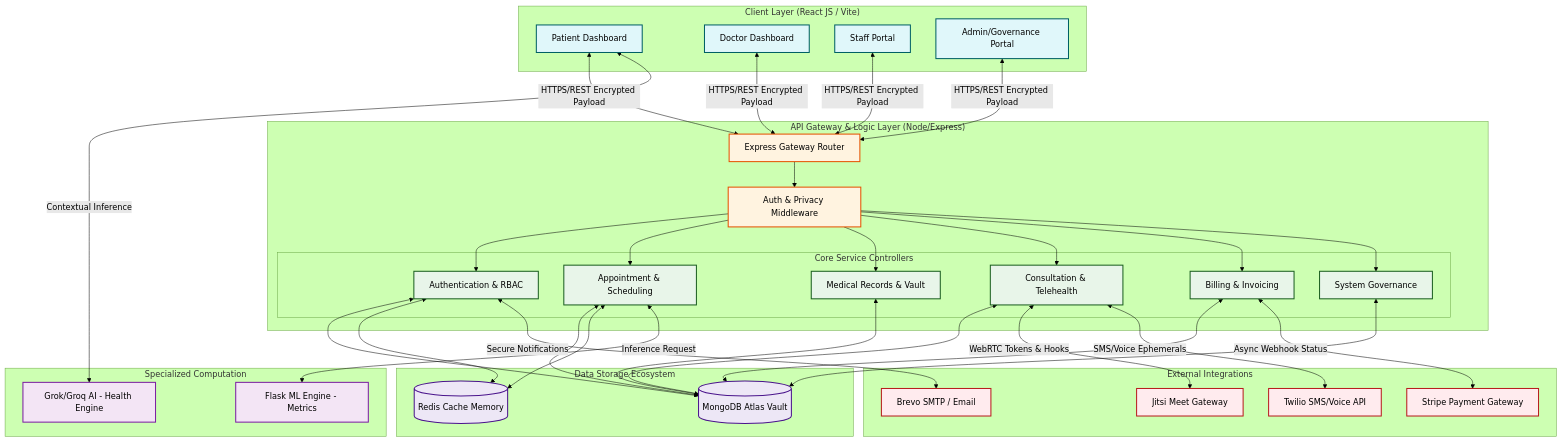
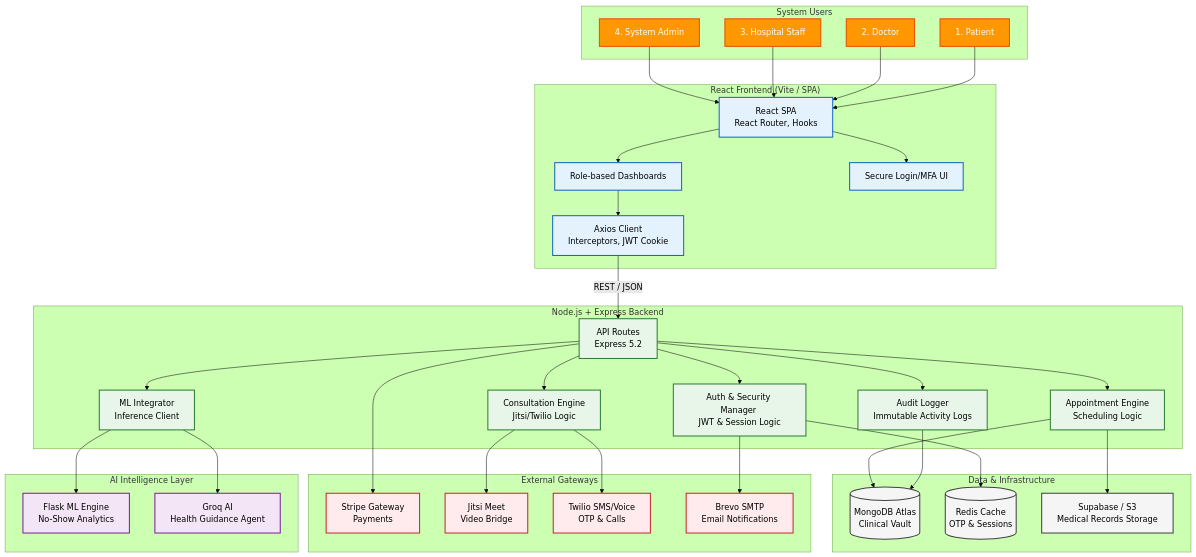
The first of 5 diagrams in HLD.md (Nitantjain21022006/CareSync), drawn with Mermaid (forest theme) before and after one commit. The commit also changed other lines of this file and 8 other files, not shown here.

````diff
--- a/HLD.md
+++ b/HLD.md
@@ -10,69 +10,72 @@
 ```mermaid
 graph TD
     %% Styling Definitions
-    classDef client fill:#e0f7fa,stroke:#006064,stroke-width:2px,color:#000
-    classDef gateway fill:#fff3e0,stroke:#e65100,stroke-width:2px,color:#000
-    classDef service fill:#e8f5e9,stroke:#1b5e20,stroke-width:2px,color:#000
-    classDef data fill:#ede7f6,stroke:#4a148c,stroke-width:2px,color:#000
-    classDef external fill:#ffebee,stroke:#b71c1c,stroke-width:2px,color:#000
-    classDef ai fill:#f3e5f5,stroke:#7b1fa2,stroke-width:2px,color:#000
+    classDef user fill:#FF9800,stroke:#E65100,stroke-width:2px,color:#fff
+    classDef frontend fill:#E3F2FD,stroke:#1565C0,stroke-width:2px,color:#000
+    classDef backend fill:#E8F5E9,stroke:#2E7D32,stroke-width:2px,color:#000
+    classDef external fill:#FFEBEE,stroke:#C62828,stroke-width:2px,color:#000
+    classDef data fill:#F5F5F5,stroke:#424242,stroke-width:2px,color:#000
+    classDef ai fill:#F3E5F5,stroke:#7B1FA2,stroke-width:2px,color:#000
 
-    subgraph "Client Layer (React JS / Vite)"
-        PD[Patient Dashboard]:::client
-        DD[Doctor Dashboard]:::client
-        SD[Staff Portal]:::client
-        AD[Admin/Governance Portal]:::client
+    subgraph Users ["System Users"]
+        U1[4. System Admin]:::user
+        U2[3. Hospital Staff]:::user
+        U3[2. Doctor]:::user
+        U4[1. Patient]:::user
     end
 
-    subgraph "API Gateway & Logic Layer (Node/Express)"
-        Router[Express Gateway Router]:::gateway
-        AuthMW[Auth & Privacy Middleware]:::gateway
-        
-        subgraph "Core Service Controllers"
-            AuthC[Authentication & RBAC]:::service
-            ApptC[Appointment & Scheduling]:::service
-            RecC[Medical Records & Vault]:::service
-            ConsC[Consultation & Telehealth]:::service
-            BillC[Billing & Invoicing]:::service
-            AdminC[System Governance]:::service
-        end
+    subgraph FE ["React Frontend (Vite / SPA)"]
+        SPA[React SPA <br/>React Router, Hooks]:::frontend
+        Axios[Axios Client <br/>Interceptors, JWT Cookie]:::frontend
+        Dash[Role-based Dashboards]:::frontend
+        AuthUI[Secure Login/MFA UI]:::frontend
     end
 
-    subgraph "External Integrations"
-        Twilio[Twilio SMS/Voice API]:::external
-        Jitsi[Jitsi Meet Gateway]:::external
-        Stripe[Stripe Payment Gateway]:::external
-        Brevo[Brevo SMTP / Email]:::external
+    subgraph BE ["Node.js + Express Backend"]
+        Routes[API Routes <br/>Express 5.2]:::backend
+        AuthMW[Auth & Security Manager <br/>JWT & Session Logic]:::backend
+        ApptEng[Appointment Engine <br/>Scheduling Logic]:::backend
+        ConsEng[Consultation Engine <br/>Jitsi/Twilio Logic]:::backend
+        ML_Int[ML Integrator <br/>Inference Client]:::backend
+        Audit[Audit Logger <br/>Immutable Activity Logs]:::backend
     end
 
-    subgraph "Data Storage Ecosystem"
-        DB[(MongoDB Atlas Vault)]:::data
-        Cache[(Redis Cache Memory)]:::data
+    subgraph Ext ["External Gateways"]
+        Stripe[Stripe Gateway <br/>Payments]:::external
+        Jitsi[Jitsi Meet <br/>Video Bridge]:::external
+        Twilio[Twilio SMS/Voice <br/>OTP & Calls]:::external
+        Brevo[Brevo SMTP <br/>Email Notifications]:::external
     end
 
-    subgraph "Specialized Computation"
-        ML[Flask ML Engine - Metrics]:::ai
-        AI[Grok/Groq AI - Health Engine]:::ai
+    subgraph Data ["Data & Infrastructure"]
+        Mongo[(MongoDB Atlas <br/>Clinical Vault)]:::data
+        Redis[(Redis Cache <br/>OTP & Sessions)]:::data
+        S3[Supabase / S3 <br/>Medical Records Storage]:::data
     end
 
-    %% Client Operations
-    PD & DD & SD & AD <-->|HTTPS/REST Encrypted Payload| Router
+    subgraph AI_Layer ["AI Intelligence Layer"]
+        FlaskML[Flask ML Engine <br/>No-Show Analytics]:::ai
+        GroqAI[Groq AI <br/>Health Guidance Agent]:::ai
+    end
+
+    %% Connections
+    U1 & U2 & U3 & U4 --> SPA
+    SPA --> Dash & AuthUI
+    Dash --> Axios
+    Axios -- "REST / JSON" --> Routes
     
-    %% API Routing Tree
-    Router --> AuthMW
-    AuthMW --> AuthC & ApptC & RecC & ConsC & BillC & AdminC
+    Routes --> AuthMW
+    AuthMW --> Redis
     
-    %% Persistent State Mutators
-    AuthC & ApptC & RecC & ConsC & BillC & AdminC <--> DB
-    AuthC & ApptC <--> Cache
+    Routes --> ApptEng & ConsEng & ML_Int & Audit
     
-    %% External Gateways Subcalls
-    ConsC <-->|WebRTC Tokens & Hooks| Jitsi
-    ConsC <-->|SMS/Voice Ephemerals| Twilio
-    BillC <-->|Async Webhook Status| Stripe
-    AuthC <-->|Secure Notifications| Brevo
+    ApptEng --> Mongo
+    ConsEng --> Jitsi & Twilio
+    ML_Int --> FlaskML & GroqAI
     
-    %% Auxiliary Integrations
-    ApptC <-->|Inference Request| ML
-    PD <-->|Contextual Inference| AI
+    Routes --> Stripe
+    AuthMW --> Brevo
+    
+    Audit --> Mongo
+    ApptEng --> S3
 ```
````
